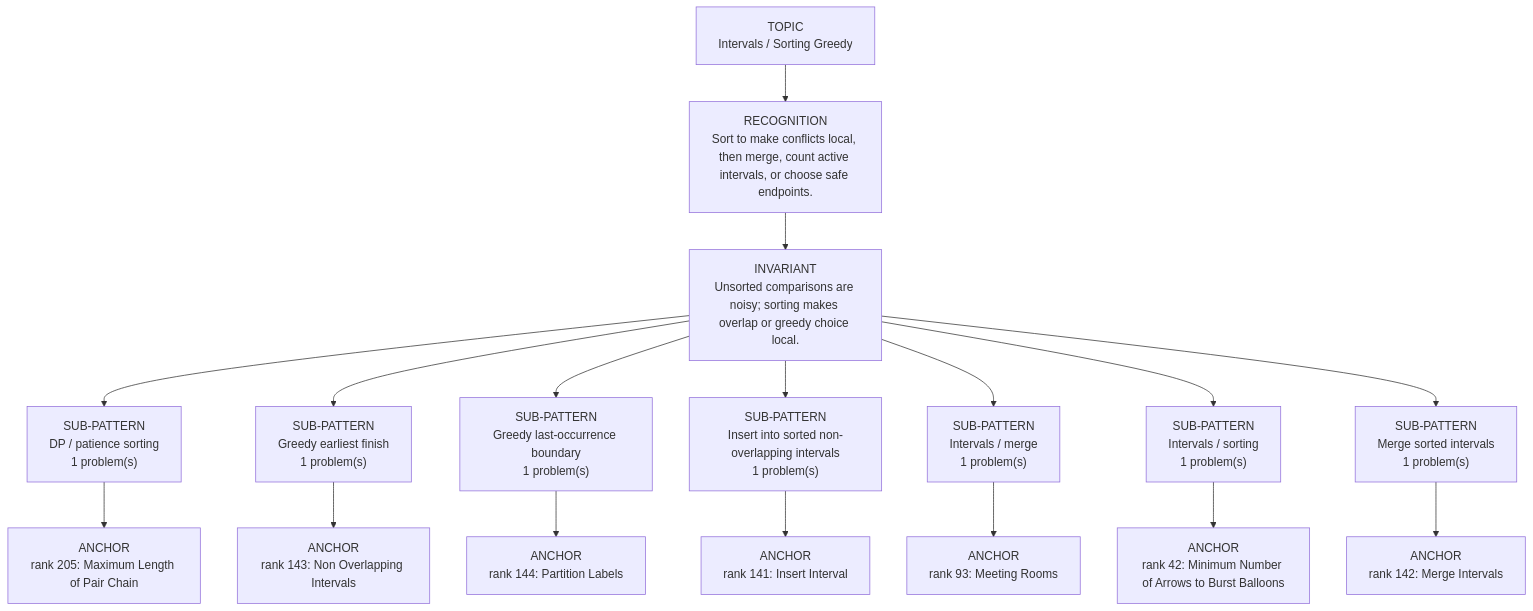
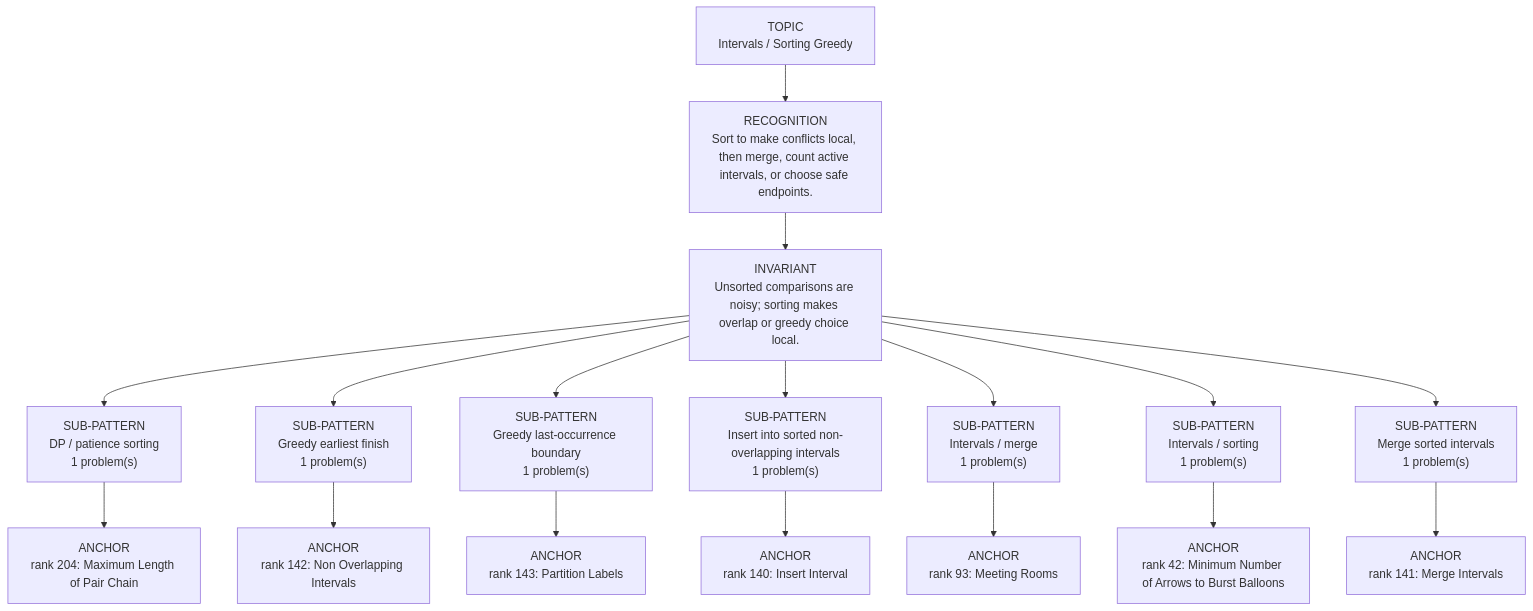
Before and after one commit to thechiranjeevjain/DSA10days: the diagram in dsa-review/interview/patterns/17_intervals_greedy.md, drawn with Mermaid. The commit also changed other lines of this file and 71 other files, not shown here.

````diff
--- a/dsa-review/interview/patterns/17_intervals_greedy.md
+++ b/dsa-review/interview/patterns/17_intervals_greedy.md
@@ -15,21 +15,21 @@
 ```mermaid
 flowchart TD
   Topic["TOPIC<br/>Intervals / Sorting Greedy"]
   Recognition["RECOGNITION<br/>Sort to make conflicts local, then merge, count active intervals, or choose safe endpoints."]
   Invariant["INVARIANT<br/>Unsorted comparisons are noisy; sorting makes overlap or greedy choice local."]
   Topic --> Recognition --> Invariant
   Invariant --> Sub01["SUB-PATTERN<br/>DP / patience sorting<br/>1 problem(s)"]
-  Sub01 --> Sub01A01["ANCHOR<br/>rank 205: Maximum Length of Pair Chain"]
+  Sub01 --> Sub01A01["ANCHOR<br/>rank 204: Maximum Length of Pair Chain"]
   Invariant --> Sub02["SUB-PATTERN<br/>Greedy earliest finish<br/>1 problem(s)"]
-  Sub02 --> Sub02A01["ANCHOR<br/>rank 143: Non Overlapping Intervals"]
+  Sub02 --> Sub02A01["ANCHOR<br/>rank 142: Non Overlapping Intervals"]
   Invariant --> Sub03["SUB-PATTERN<br/>Greedy last-occurrence boundary<br/>1 problem(s)"]
-  Sub03 --> Sub03A01["ANCHOR<br/>rank 144: Partition Labels"]
+  Sub03 --> Sub03A01["ANCHOR<br/>rank 143: Partition Labels"]
   Invariant --> Sub04["SUB-PATTERN<br/>Insert into sorted non-overlapping intervals<br/>1 problem(s)"]
-  Sub04 --> Sub04A01["ANCHOR<br/>rank 141: Insert Interval"]
+  Sub04 --> Sub04A01["ANCHOR<br/>rank 140: Insert Interval"]
   Invariant --> Sub05["SUB-PATTERN<br/>Intervals / merge<br/>1 problem(s)"]
   Sub05 --> Sub05A01["ANCHOR<br/>rank 93: Meeting Rooms"]
   Invariant --> Sub06["SUB-PATTERN<br/>Intervals / sorting<br/>1 problem(s)"]
   Sub06 --> Sub06A01["ANCHOR<br/>rank 42: Minimum Number of Arrows to Burst Balloons"]
   Invariant --> Sub07["SUB-PATTERN<br/>Merge sorted intervals<br/>1 problem(s)"]
-  Sub07 --> Sub07A01["ANCHOR<br/>rank 142: Merge Intervals"]
+  Sub07 --> Sub07A01["ANCHOR<br/>rank 141: Merge Intervals"]
 ```
````
